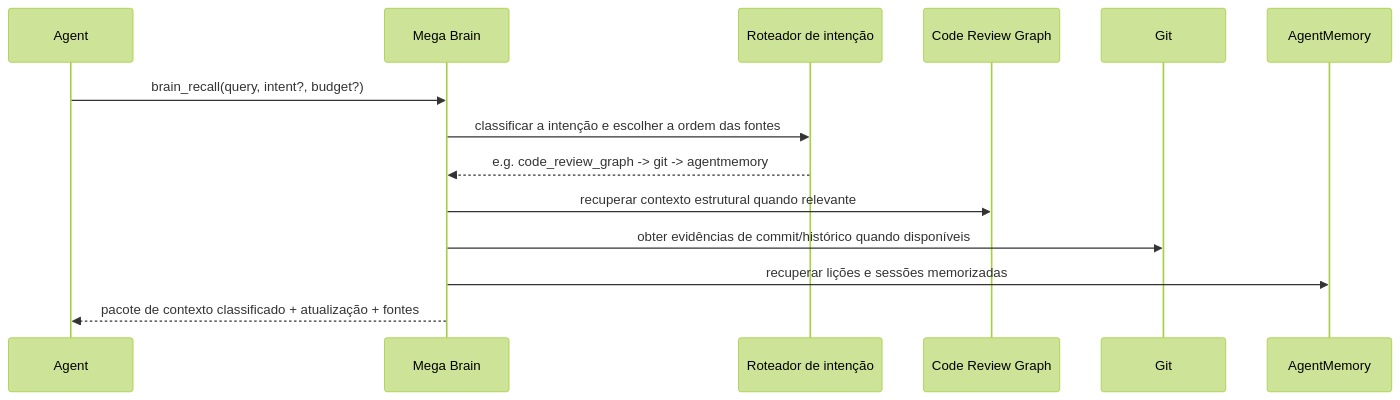
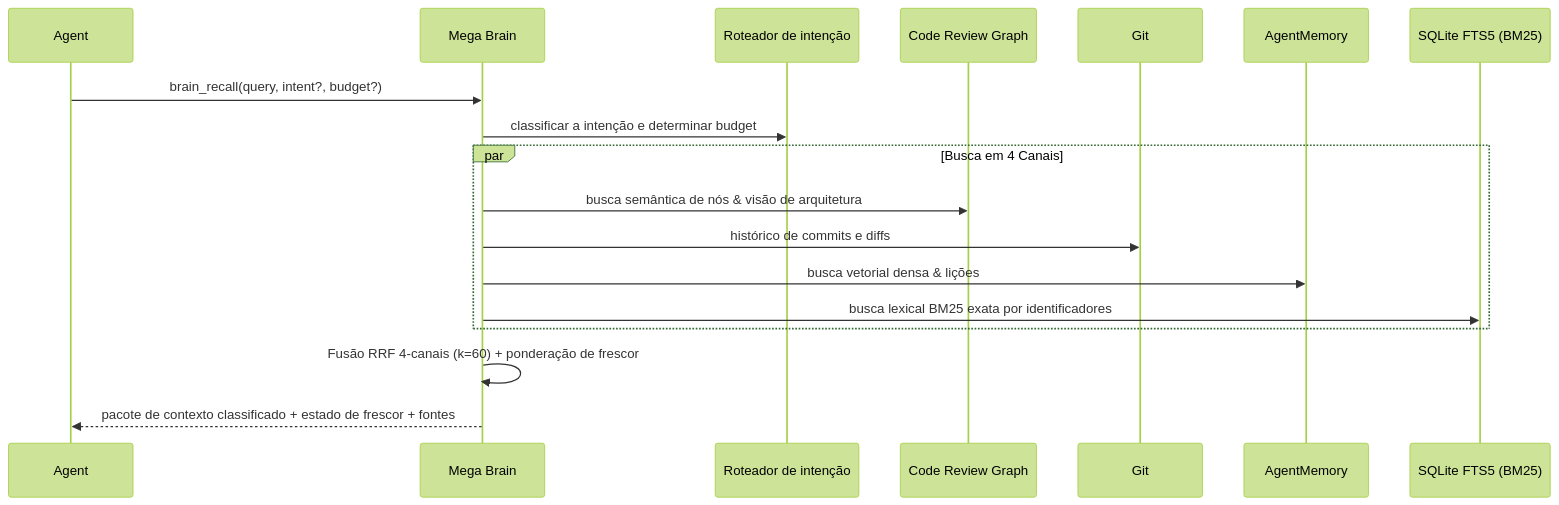
The second of 10 diagrams in README-ptbr.md (RaffaHr/mega-brain-mcp), drawn with Mermaid (forest theme) before and after one commit. The commit also changed other lines of this file and 1 other file, not shown here.

````diff
--- a/README-ptbr.md
+++ b/README-ptbr.md
@@ -300,31 +300,21 @@
 ```mermaid
-
 sequenceDiagram
-
 participant Agent
-
 participant MB as Mega Brain
-
 participant Router as Roteador de intenção
-
 participant CRG as Code Review Graph
-
 participant Git
-
 participant AM as AgentMemory
+participant FTS as SQLite FTS5 (BM25)
 
 Agent->>MB: brain_recall(query, intent?, budget?)
-
-MB->>Router: classificar a intenção e escolher a ordem das fontes
-
-Router-->>MB: e.g. code_review_graph -> git -> agentmemory
-
-MB->>CRG: recuperar contexto estrutural quando relevante
-
-MB->>Git: obter evidências de commit/histórico quando disponíveis
-
-MB->>AM: recuperar lições e sessões memorizadas
-
-MB-->>Agent: pacote de contexto classificado + atualização + fontes
-
+MB->>Router: classificar a intenção e determinar budget
+par Busca em 4 Canais
+  MB->>CRG: busca semântica de nós & visão de arquitetura
+  MB->>Git: histórico de commits e diffs
+  MB->>AM: busca vetorial densa & lições
+  MB->>FTS: busca lexical BM25 exata por identificadores
+end
+MB->>MB: Fusão RRF 4-canais (k=60) + ponderação de frescor
+MB-->>Agent: pacote de contexto classificado + estado de frescor + fontes
 ```
````
